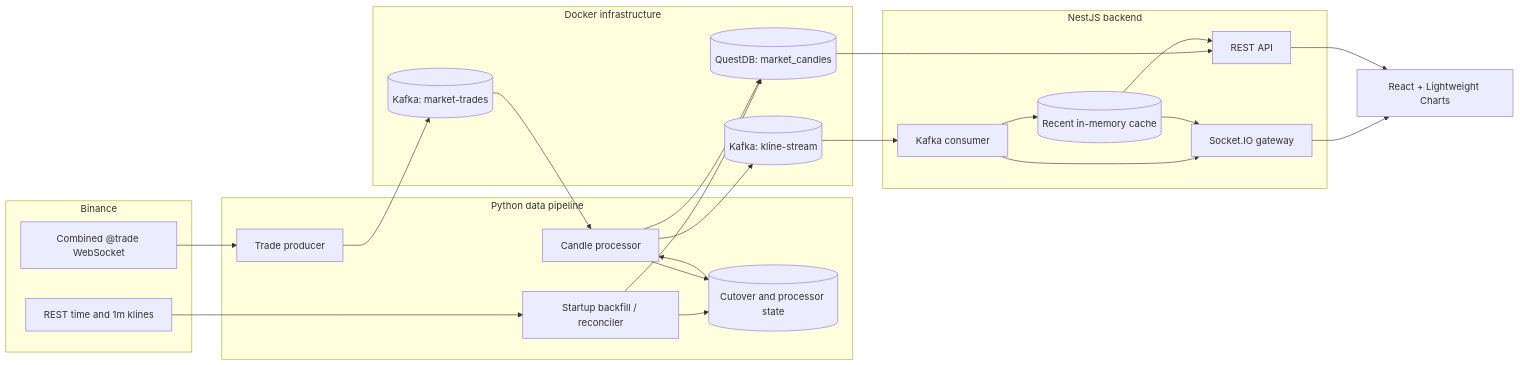
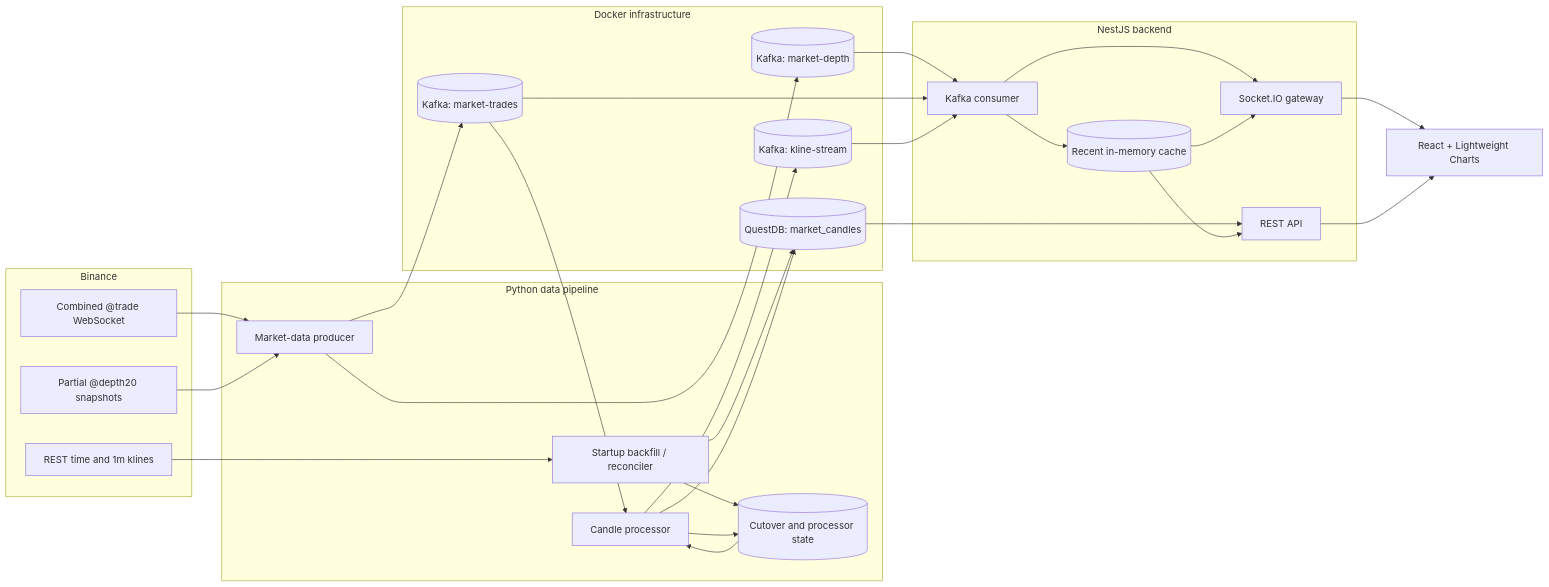
The first of 2 diagrams in docs/architecture.md (Zane-Theodore/NexTick), drawn with Mermaid before and after one commit. The commit also changed other lines of this file and 2 other files, not shown here.

Commit message:
feat: update documentation to include market depth handling and Kafka topic configurations

````diff
--- a/docs/architecture.md
+++ b/docs/architecture.md
@@ -24,41 +24,45 @@
 ```mermaid
 flowchart LR
   subgraph Exchange["Binance"]
     Trades["Combined @trade WebSocket"]
+    Depth["Partial @depth20 snapshots"]
     RestKlines["REST time and 1m klines"]
   end
 
   subgraph Pipeline["Python data pipeline"]
-    Producer["Trade producer"]
+    Producer["Market-data producer"]
     Backfill["Startup backfill / reconciler"]
     Processor["Candle processor"]
     State[("Cutover and processor state")]
   end
 
   subgraph Infrastructure["Docker infrastructure"]
     MarketTrades[("Kafka: market-trades")]
+    MarketDepth[("Kafka: market-depth")]
     KlineStream[("Kafka: kline-stream")]
     QuestDB[("QuestDB: market_candles")]
   end
 
   subgraph API["NestJS backend"]
     KafkaConsumer["Kafka consumer"]
     Cache[("Recent in-memory cache")]
     RestApi["REST API"]
     Gateway["Socket.IO gateway"]
   end
 
   Browser["React + Lightweight Charts"]
 
   Trades --> Producer --> MarketTrades --> Processor
+  Depth --> Producer --> MarketDepth --> KafkaConsumer
+  MarketTrades --> KafkaConsumer
   RestKlines --> Backfill --> QuestDB
   Backfill --> State --> Processor
   Processor --> State
   Processor --> QuestDB
   Processor --> KlineStream --> KafkaConsumer
   KafkaConsumer --> Cache
   KafkaConsumer --> Gateway --> Browser
   QuestDB --> RestApi
   Cache --> RestApi --> Browser
   Cache --> Gateway
 ```
````
